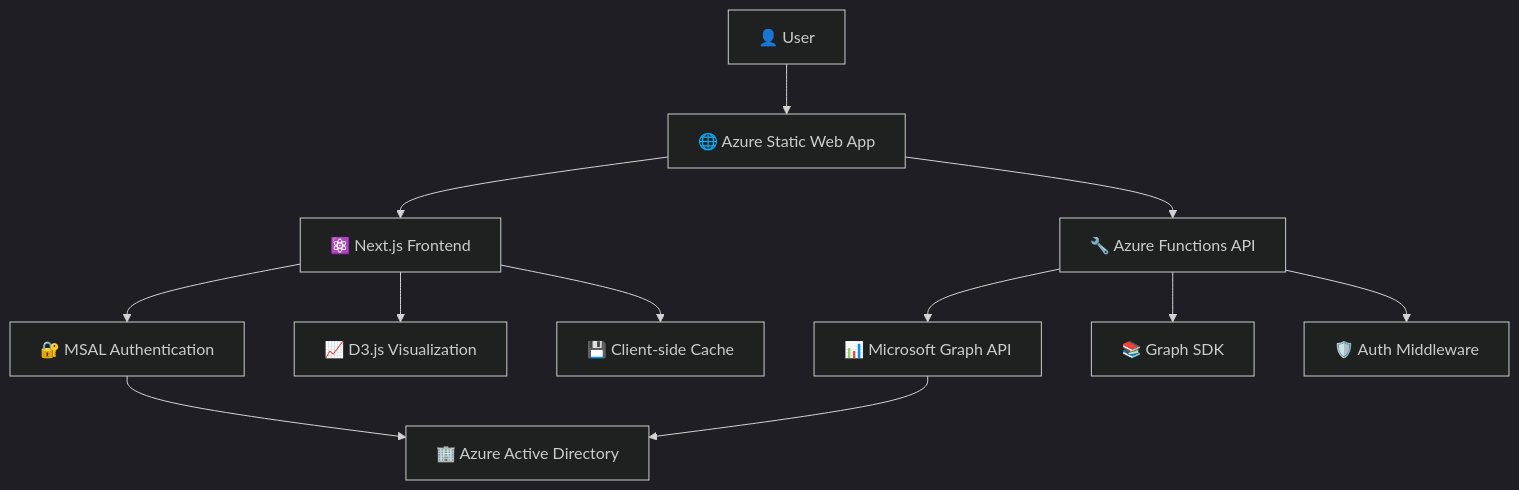
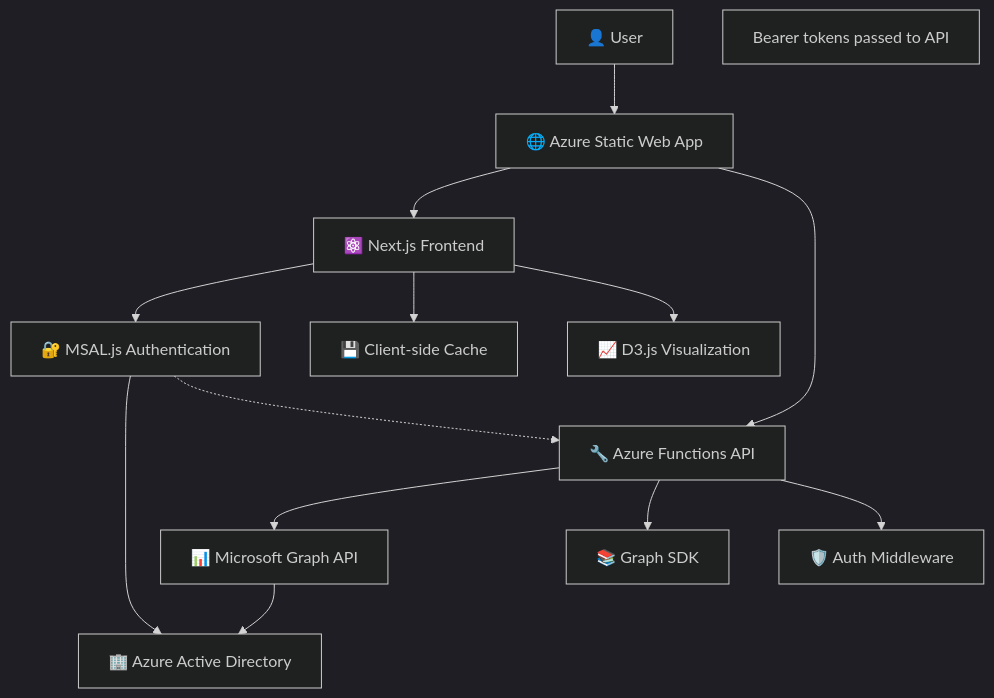
The first of 4 diagrams in ARCHITECTURE.md (OfirGavish/Group-Tree-Membership-Visualizer), drawn with Mermaid (dark theme) before and after one commit. The commit also changed other lines of this file and 7 other files, not shown here.

````diff
--- a/ARCHITECTURE.md
+++ b/ARCHITECTURE.md
@@ -62,18 +62,21 @@
 ```mermaid
 graph TB
     User[👤 User] --> SWA[🌐 Azure Static Web App]
     SWA --> Frontend[⚛️ Next.js Frontend]
     SWA --> API[🔧 Azure Functions API]
     
-    Frontend --> Auth[🔐 MSAL Authentication]
+    Frontend --> MSAL[🔐 MSAL.js Authentication]
+    Frontend --> Cache[💾 Client-side Cache]
     API --> Graph[📊 Microsoft Graph API]
     
-    Auth --> AAD[🏢 Azure Active Directory]
+    MSAL --> AAD[🏢 Azure Active Directory]
     Graph --> AAD
     
     Frontend --> D3[📈 D3.js Visualization]
-    Frontend --> Cache[💾 Client-side Cache]
     
     API --> GraphSDK[📚 Graph SDK]
     API --> AuthMiddleware[🛡️ Auth Middleware]
+    
+    MSAL -.-> API
+    note[Bearer tokens passed to API]
 ```
````
